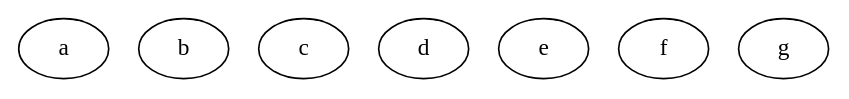
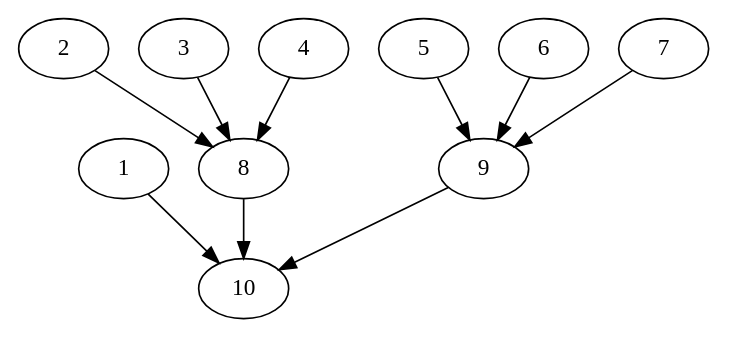
Before and after one commit to absternator/Task-Scheduler-Softeng306: the diagram in src/main/resources/graph3-output.dot, drawn with Graphviz. The commit also changed 3 other files, not shown here.

```diff
--- a/src/main/resources/graph3-output.dot
+++ b/src/main/resources/graph3-output.dot
@@ -1,9 +1,21 @@
-digraph "outputExample" {
-	a         [Weight=2,Start=0,Processor=2];
-	b         [Weight=3,Start=2,Processor=1];
-	c         [Weight=3,Start=4,Processor=2];
-	d         [Weight=1,Start=3,Processor=2];
-	e         [Weight=2,Start=5,Processor=1];
-	f         [Weight=1,Start=2,Processor=2];
-	g         [Weight=2,Start=0,Processor=1];
+digraph "outputInTree-Balanced-MaxBf-3_Nodes_10_CCR_1.04_WeightType_Random" {
+	1         [Weight=6,Start=12,Processor=2];
+	10        [Weight=3,Start=24,Processor=1];
+	1 -> 10   [Weight=4];
+	8 -> 10   [Weight=4];
+	9 -> 10   [Weight=4];
+	2         [Weight=7,Start=0,Processor=2];
+	3         [Weight=5,Start=7,Processor=2];
+	4         [Weight=3,Start=0,Processor=1];
+	5         [Weight=3,Start=5,Processor=1];
+	6         [Weight=2,Start=3,Processor=1];
+	7         [Weight=7,Start=8,Processor=1];
+	8         [Weight=2,Start=18,Processor=2];
+	2 -> 8    [Weight=4];
+	3 -> 8    [Weight=12];
+	4 -> 8    [Weight=4];
+	9         [Weight=9,Start=15,Processor=1];
+	5 -> 9    [Weight=6];
+	6 -> 9    [Weight=7];
+	7 -> 9    [Weight=4];
 }
```
